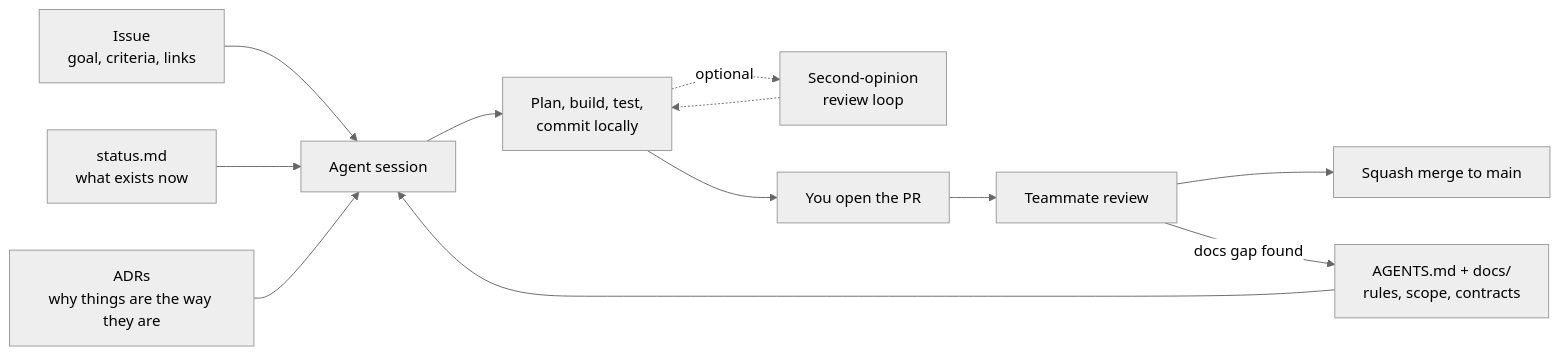
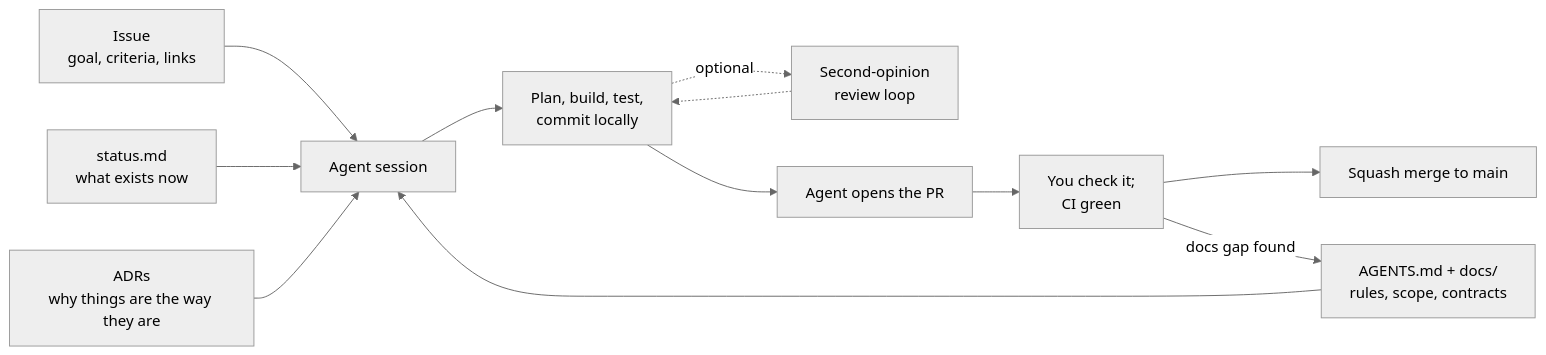
The diagram in docs/agents/README.md (adillpickles/AutoClipper), drawn with Mermaid (neutral theme) before and after one commit. The commit also changed other lines of this file and 52 other files, not shown here.

````diff
--- a/docs/agents/README.md
+++ b/docs/agents/README.md
@@ -18,14 +18,14 @@
 ```mermaid
 flowchart LR
     I[Issue<br/>goal, criteria, links] --> A[Agent session]
     D[AGENTS.md + docs/<br/>rules, scope, contracts] --> A
     S[status.md<br/>what exists now] --> A
     ADR[ADRs<br/>why things are the way they are] --> A
     A --> W[Plan, build, test,<br/>commit locally]
     W -.->|optional| RL[Second-opinion<br/>review loop]
     RL -.-> W
-    W --> PR[You open the PR]
-    PR --> R[Teammate review]
+    W --> PR[Agent opens the PR]
+    PR --> R[You check it;<br/>CI green]
     R --> M[Squash merge to main]
     R -->|"docs gap found"| D
 ```
````
